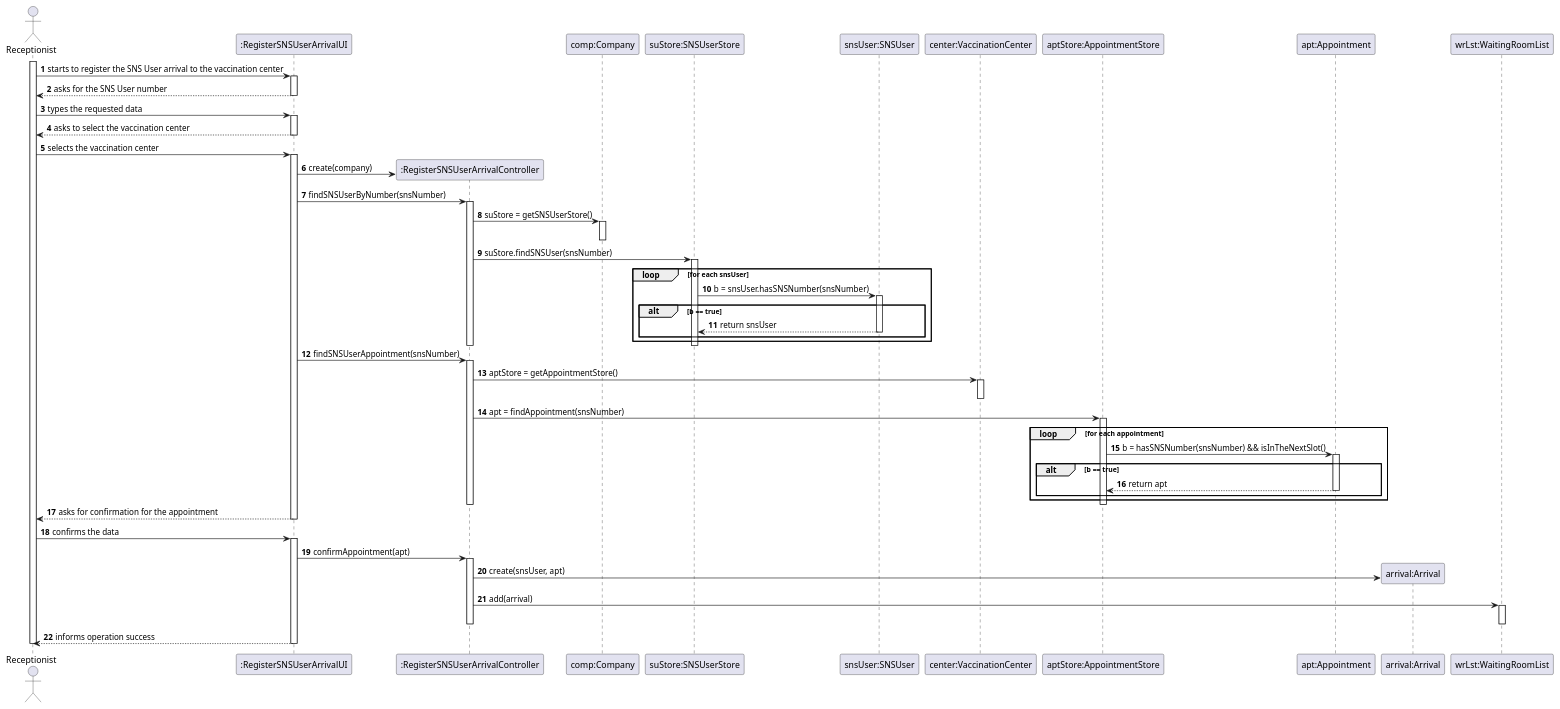
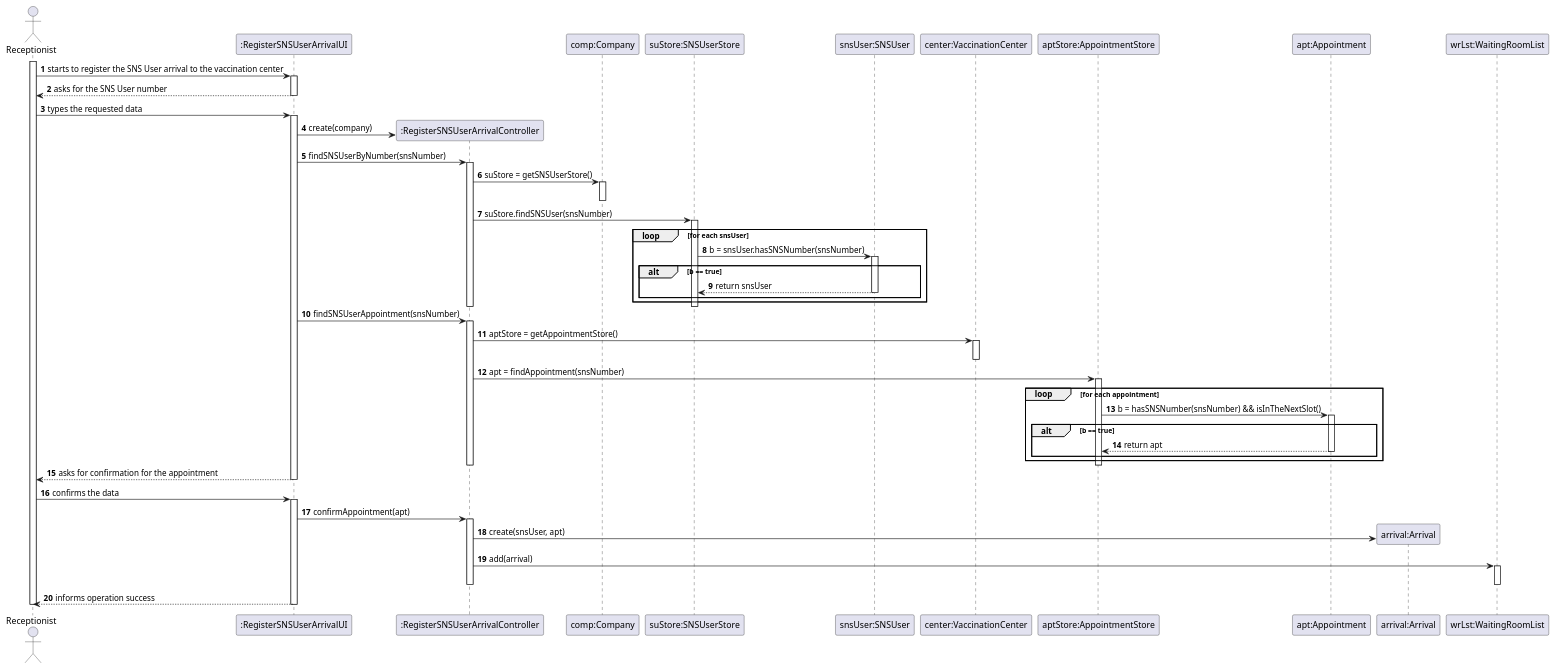
The diagram in docs/SprintC/US04/SD/US04_SD.puml (miseEnPlace-i/lapr2), drawn with PlantUML before and after one commit. The commit also changed 2 other files, not shown here.

```diff
--- a/docs/SprintC/US04/SD/US04_SD.puml
+++ b/docs/SprintC/US04/SD/US04_SD.puml
@@ -1,100 +1,100 @@
 @startuml
 autonumber
 
 actor "Receptionist" as RECEPT
 
 participant ":RegisterSNSUserArrivalUI" as UI
 participant ":RegisterSNSUserArrivalController" as CTRL
 participant "comp:Company" as COMP
 participant "suStore:SNSUserStore" as SUSTORE
 participant "snsUser:SNSUser" as SNSUSER
 participant "center:VaccinationCenter" as CENTER
 participant "aptStore:AppointmentStore" as APTSTORE
 participant "apt:Appointment" as APT
 participant "arrival:Arrival" as ARRIVAL
 participant "wrLst:WaitingRoomList" as WRLST
 
 activate RECEPT
   RECEPT -> UI : starts to register the SNS User arrival to the vaccination center
   activate UI
   
   RECEPT <-- UI : asks for the SNS User number
   deactivate UI
 
   RECEPT -> UI : types the requested data
   activate UI
   
-  RECEPT <-- UI : asks to select the vaccination center
-  deactivate UI
+  ' RECEPT <-- UI : asks to select the vaccination center
+  ' deactivate UI
 
-  RECEPT -> UI : selects the vaccination center
-  activate UI
+  ' RECEPT -> UI : selects the vaccination center
+  ' activate UI
     
     UI -> CTRL** : create(company)
 
     UI -> CTRL : findSNSUserByNumber(snsNumber)
     activate CTRL
 
       CTRL -> COMP : suStore = getSNSUserStore()
       activate COMP
       deactivate COMP
 
       CTRL -> SUSTORE : suStore.findSNSUser(snsNumber)
       activate SUSTORE
         loop for each snsUser
           SUSTORE -> SNSUSER : b = snsUser.hasSNSNumber(snsNumber)
           activate SNSUSER
           alt b == true
             SUSTORE <-- SNSUSER : return snsUser
             deactivate SNSUSER
           end
         end
       deactivate SUSTORE
 
     deactivate CTRL
 
     UI -> CTRL : findSNSUserAppointment(snsNumber)
     activate CTRL
 
       CTRL -> CENTER : aptStore = getAppointmentStore()
       activate CENTER
       deactivate CENTER
 
       CTRL -> APTSTORE : apt = findAppointment(snsNumber)
       activate APTSTORE
 
         loop for each appointment
           APTSTORE -> APT : b = hasSNSNumber(snsNumber) && isInTheNextSlot()
           activate APT
           alt b == true
             APTSTORE <-- APT : return apt
             deactivate APT
           end
         end
 
       deactivate APTSTORE
 
     deactivate CTRL
   
   RECEPT <-- UI : asks for confirmation for the appointment
   deactivate UI
 
   RECEPT -> UI : confirms the data
   activate UI
 
     UI -> CTRL : confirmAppointment(apt)
     activate CTRL
       CTRL -> ARRIVAL** : create(snsUser, apt)
 
       CTRL -> WRLST : add(arrival)
       activate WRLST
       deactivate WRLST
 
     deactivate CTRL
 
   RECEPT <-- UI : informs operation success
   deactivate UI
 
 deactivate RECEPT
 
 @enduml
```
